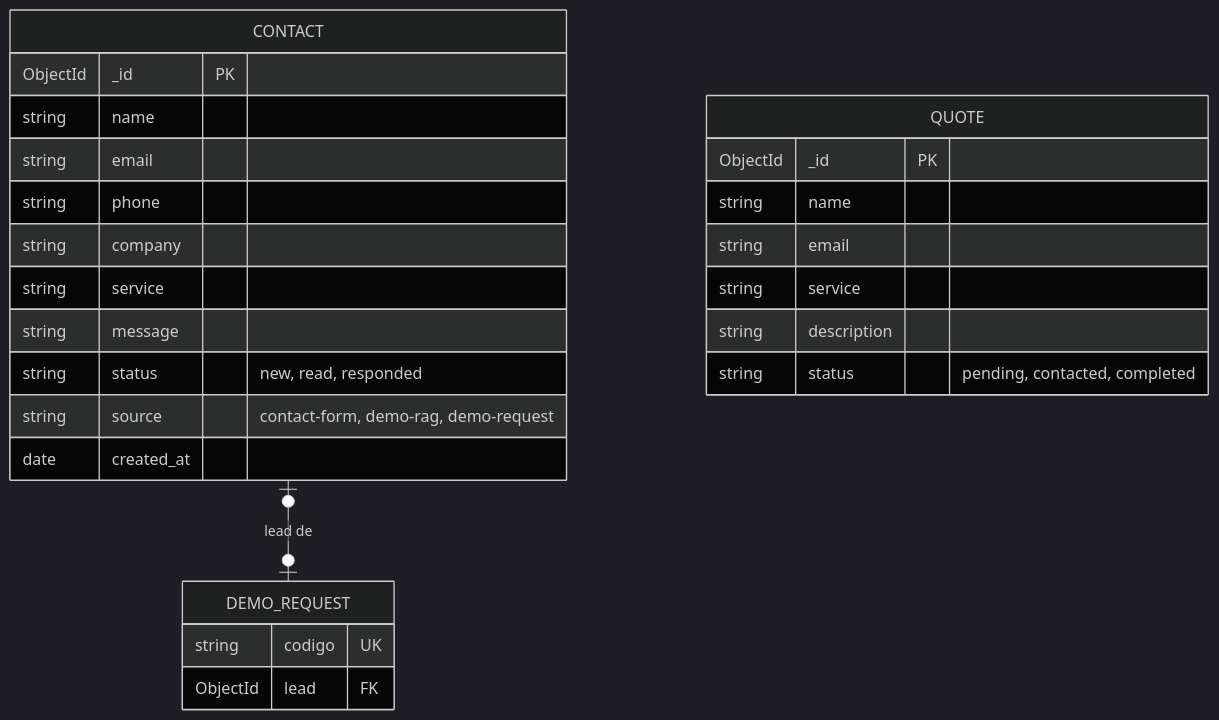
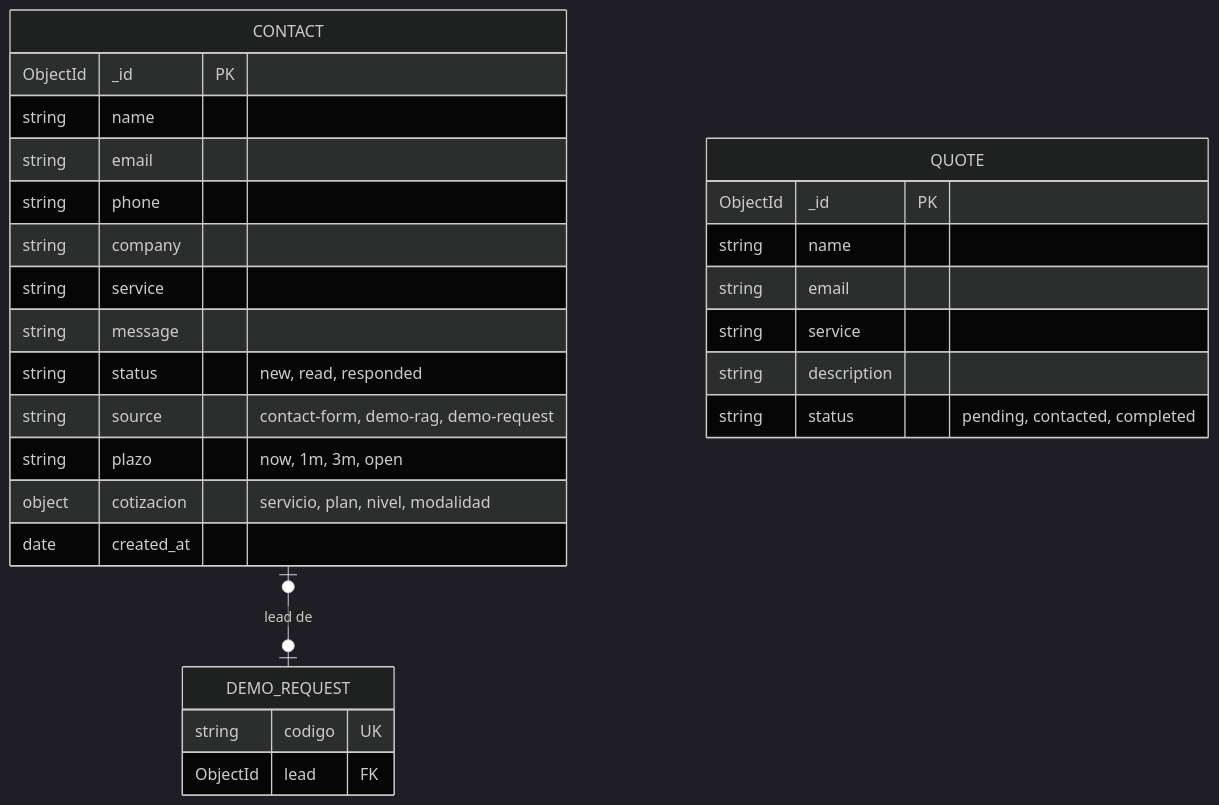
Before and after one commit to ronalc90/koptup: the fourth of 13 diagrams in docs/wiki/Doc-09-Modelos-de-Datos.md, drawn with Mermaid (dark theme). The commit also changed other lines of this file and 92 other files, not shown here.

````diff
--- a/docs/wiki/Doc-09-Modelos-de-Datos.md
+++ b/docs/wiki/Doc-09-Modelos-de-Datos.md
@@ -217,28 +217,30 @@
 ```mermaid
 erDiagram
     CONTACT |o--o| DEMO_REQUEST : "lead de"
     CONTACT {
         ObjectId _id PK
         string name
         string email
         string phone
         string company
         string service
         string message
         string status "new, read, responded"
         string source "contact-form, demo-rag, demo-request"
+        string plazo "now, 1m, 3m, open"
+        object cotizacion "servicio, plan, nivel, modalidad"
         date created_at
     }
     QUOTE {
         ObjectId _id PK
         string name
         string email
         string service
         string description
         string status "pending, contacted, completed"
     }
     DEMO_REQUEST {
         string codigo UK
         ObjectId lead FK
     }
 ```
````
